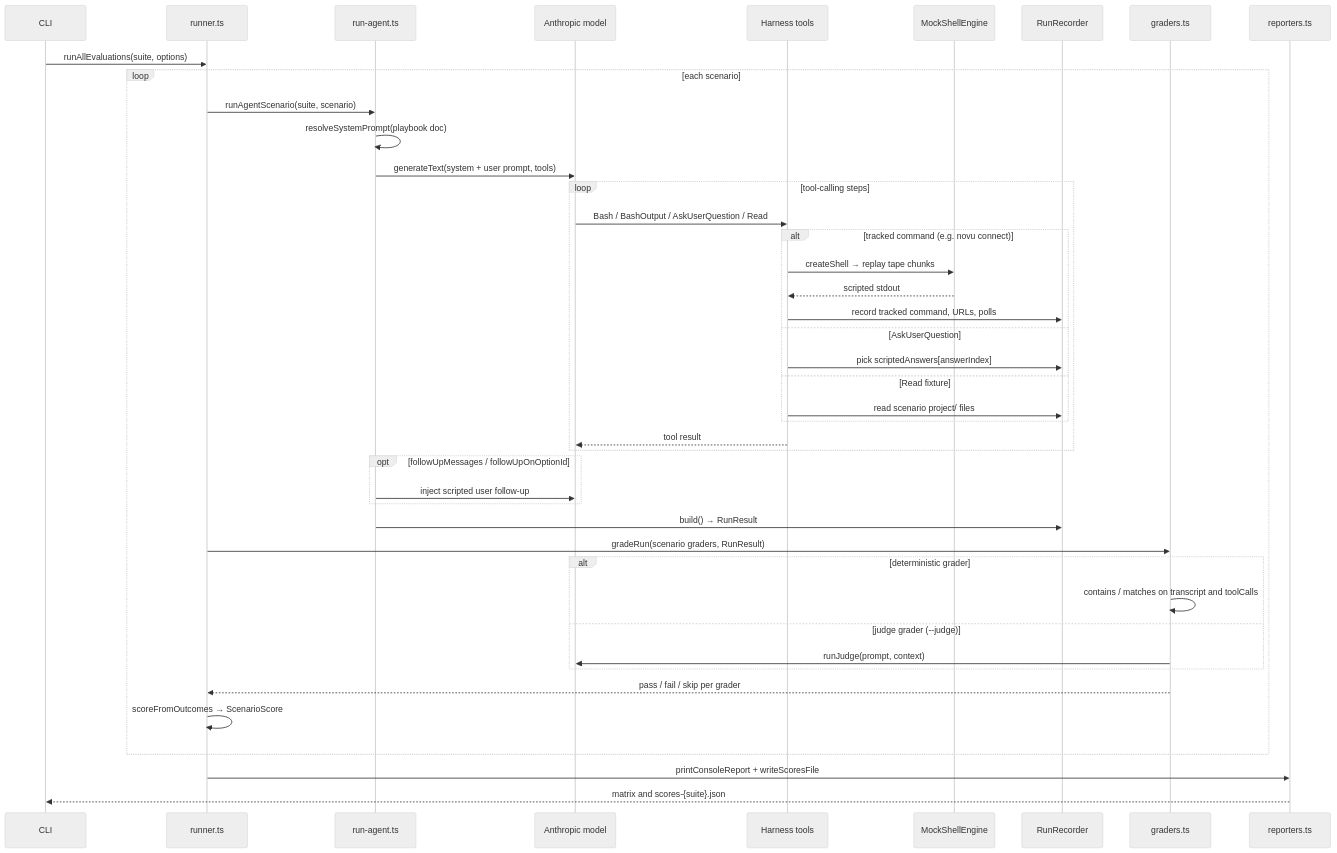
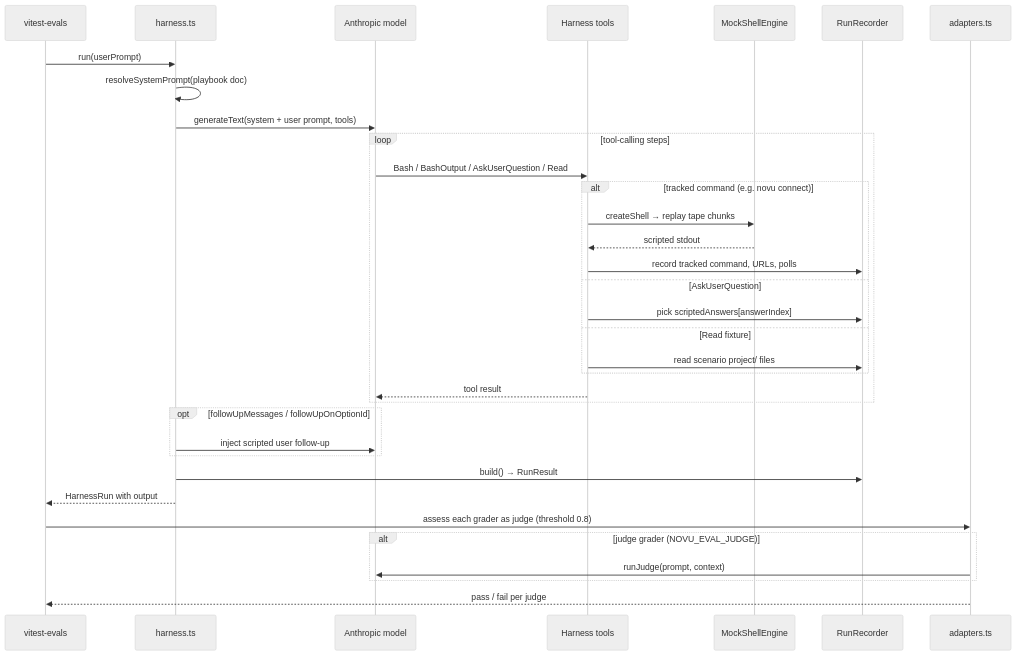
The second of 2 diagrams in libs/agent-evals/README.md (novuhq/novu), drawn with Mermaid (neutral theme) before and after one commit. The commit also changed other lines of this file and 33 other files, not shown here.

First line of the commit message:
refactor(agent-evals): streamline evaluation harness and enhance grading system

````diff
--- a/libs/agent-evals/README.md
+++ b/libs/agent-evals/README.md
@@ -60,46 +56,37 @@
 ```mermaid
 sequenceDiagram
-  participant User as CLI
-  participant Runner as runner.ts
-  participant Agent as run-agent.ts
+  participant Vitest as vitest-evals
+  participant Harness as harness.ts
   participant LLM as Anthropic model
   participant Tools as Harness tools
   participant Shell as MockShellEngine
   participant Rec as RunRecorder
-  participant Grade as graders.ts
-  participant Out as reporters.ts
+  participant Judges as adapters.ts
 
-  User->>Runner: runAllEvaluations(suite, options)
-  loop each scenario
-    Runner->>Agent: runAgentScenario(suite, scenario)
-    Agent->>Agent: resolveSystemPrompt(playbook doc)
-    Agent->>LLM: generateText(system + user prompt, tools)
-    loop tool-calling steps
-      LLM->>Tools: Bash / BashOutput / AskUserQuestion / Read
-      alt tracked command (e.g. novu connect)
-        Tools->>Shell: createShell → replay tape chunks
-        Shell-->>Tools: scripted stdout
-        Tools->>Rec: record tracked command, URLs, polls
-      else AskUserQuestion
-        Tools->>Rec: pick scriptedAnswers[answerIndex]
-      else Read fixture
-        Tools->>Rec: read scenario project/ files
-      end
-      Tools-->>LLM: tool result
+  Vitest->>Harness: run(userPrompt)
+  Harness->>Harness: resolveSystemPrompt(playbook doc)
+  Harness->>LLM: generateText(system + user prompt, tools)
+  loop tool-calling steps
+    LLM->>Tools: Bash / BashOutput / AskUserQuestion / Read
+    alt tracked command (e.g. novu connect)
+      Tools->>Shell: createShell → replay tape chunks
+      Shell-->>Tools: scripted stdout
+      Tools->>Rec: record tracked command, URLs, polls
+    else AskUserQuestion
+      Tools->>Rec: pick scriptedAnswers[answerIndex]
+    else Read fixture
+      Tools->>Rec: read scenario project/ files
     end
-    opt followUpMessages / followUpOnOptionId
-      Agent->>LLM: inject scripted user follow-up
-    end
-    Agent->>Rec: build() → RunResult
-    Runner->>Grade: gradeRun(scenario graders, RunResult)
-    alt deterministic grader
-      Grade->>Grade: contains / matches on transcript and toolCalls
-    else judge grader (--judge)
-      Grade->>LLM: runJudge(prompt, context)
-    end
-    Grade-->>Runner: pass / fail / skip per grader
-    Runner->>Runner: scoreFromOutcomes → ScenarioScore
+    Tools-->>LLM: tool result
   end
-  Runner->>Out: printConsoleReport + writeScoresFile
-  Out-->>User: matrix and scores-{suite}.json
+  opt followUpMessages / followUpOnOptionId
+    Harness->>LLM: inject scripted user follow-up
+  end
+  Harness->>Rec: build() → RunResult
+  Harness-->>Vitest: HarnessRun with output
+  Vitest->>Judges: assess each grader as judge (threshold 0.8)
+  alt judge grader (NOVU_EVAL_JUDGE)
+    Judges->>LLM: runJudge(prompt, context)
+  end
+  Judges-->>Vitest: pass / fail per judge
 ```
````
